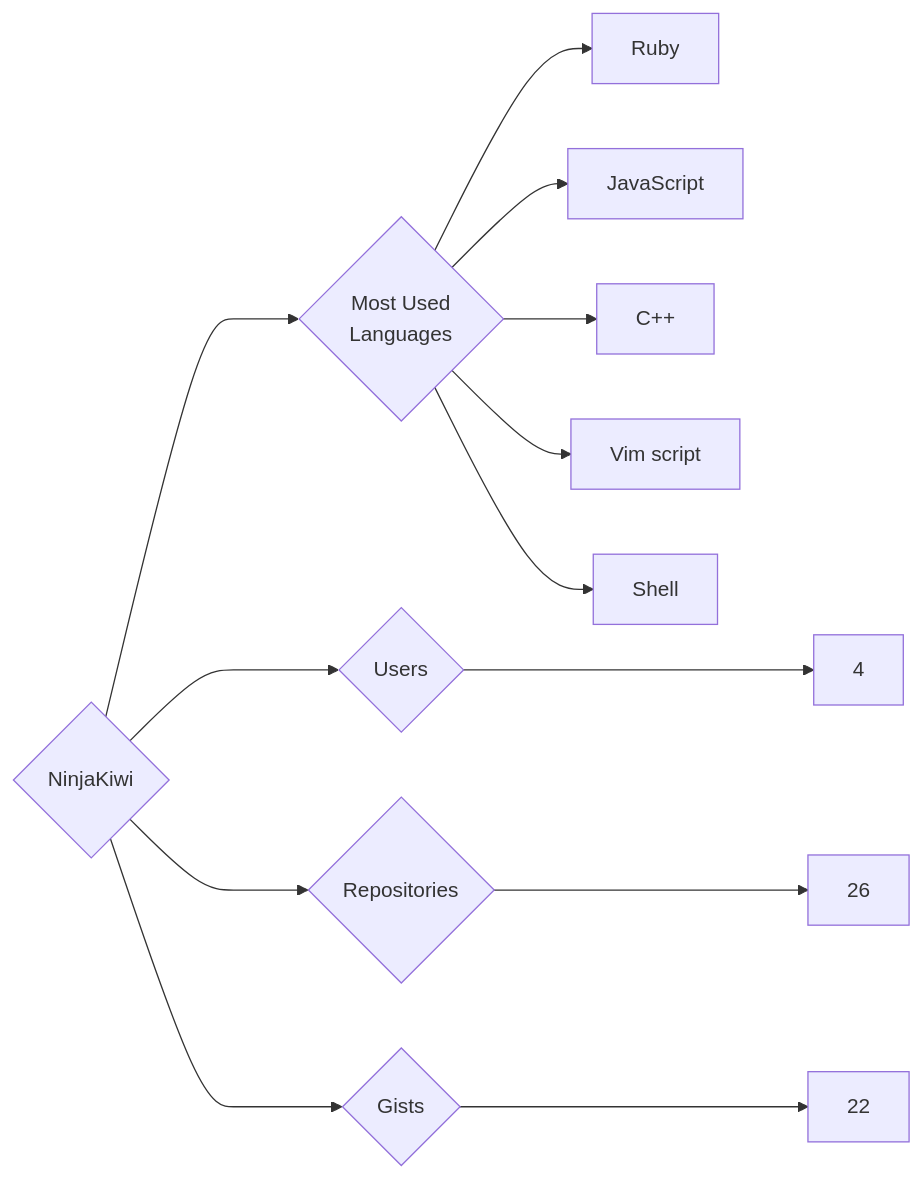
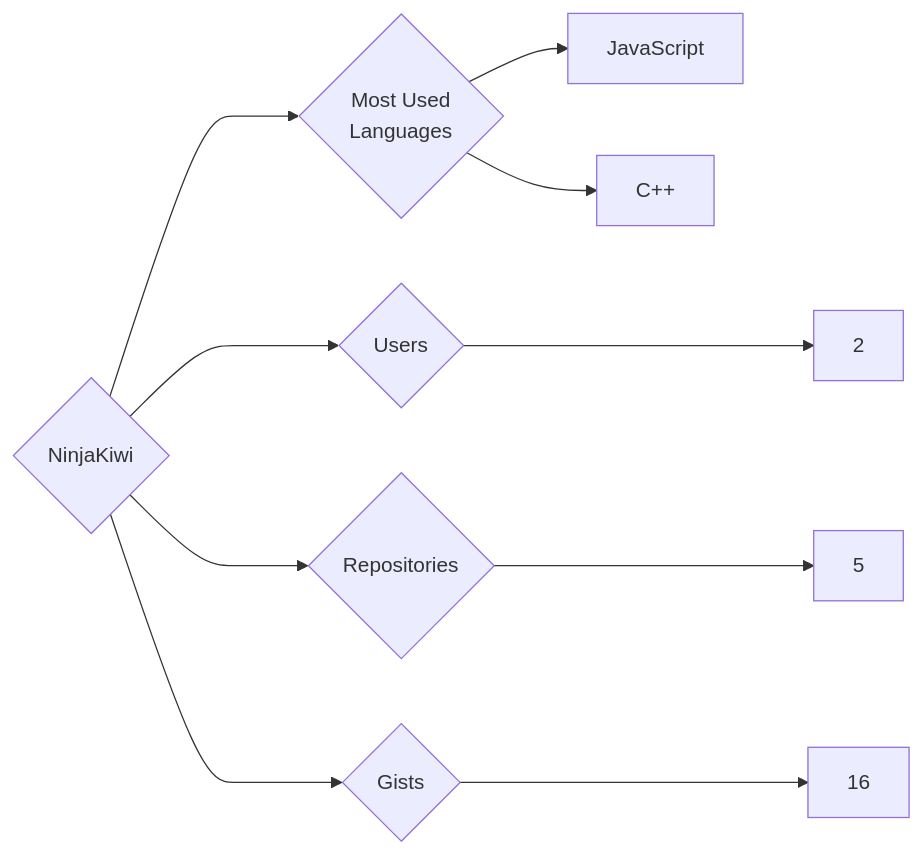
The diagram in targets/NinjaKiwi/README.md (trickest/insiders), drawn with Mermaid before and after one commit. The commit also changed 976 other files, not shown here.

````diff
--- a/targets/NinjaKiwi/README.md
+++ b/targets/NinjaKiwi/README.md
@@ -3,13 +3,10 @@
 ```mermaid
 graph LR
 COMPANY_NAME{NinjaKiwi}
-COMPANY_NAME ---> U{Users} ---> UN[4]
-COMPANY_NAME ---> R{Repositories} ---> RN[26]
-COMPANY_NAME ---> G{Gists} ---> GN[22]
+COMPANY_NAME ---> U{Users} ---> UN[2]
+COMPANY_NAME ---> R{Repositories} ---> RN[5]
+COMPANY_NAME ---> G{Gists} ---> GN[16]
 COMPANY_NAME ---> ML{Most Used<br>Languages}
-ML --> Ruby[Ruby]
 ML --> JavaScript[JavaScript]
 ML --> C++[C++]
-ML --> Vim_script[Vim script]
-ML --> Shell[Shell]
 ```
````
